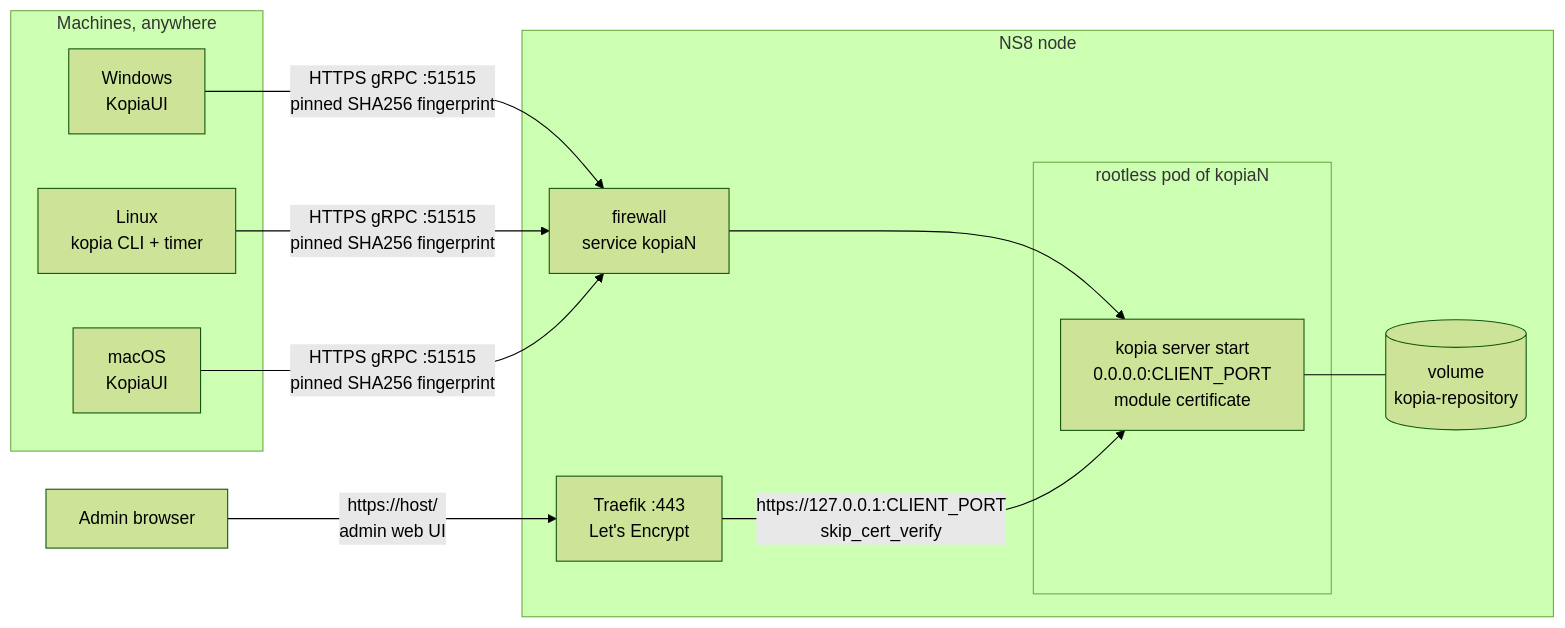
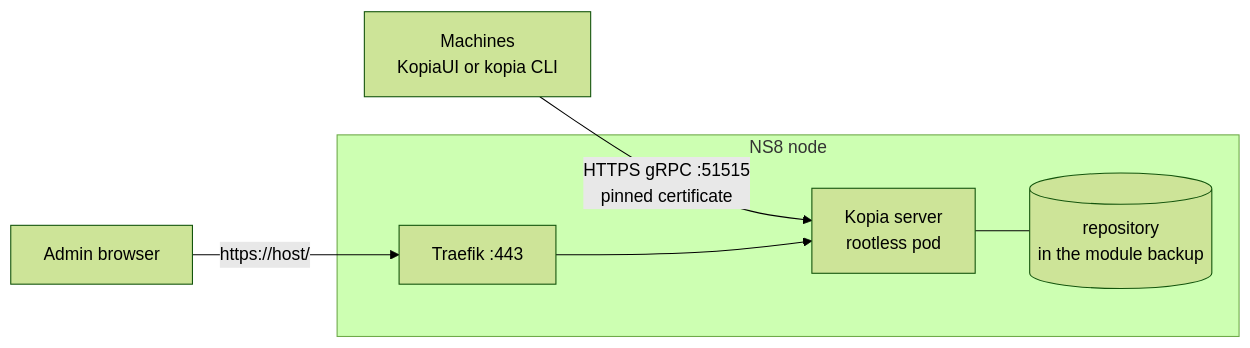
The diagram in README.md (stephdl/ns8-kopia), drawn with Mermaid (forest theme) before and after one commit. The commit also changed other lines of this file and 3 other files, not shown here.

First line of the commit message:
docs: split the README into admin, user and architecture guides (#15)

````diff
--- a/README.md
+++ b/README.md
@@ -16,20 +12,9 @@
 ```mermaid
 flowchart LR
-    subgraph Internet["Machines, anywhere"]
-        W[Windows<br/>KopiaUI]
-        L[Linux<br/>kopia CLI + timer]
-        M[macOS<br/>KopiaUI]
+    M["Machines<br/>KopiaUI or kopia CLI"] -- "HTTPS gRPC :51515<br/>pinned certificate" --> K
+    A[Admin browser] -- "https://host/" --> T["Traefik :443"] --> K
+    subgraph NS8["NS8 node"]
+        T
+        K["Kopia server<br/>rootless pod"] --- V[("repository<br/>in the module backup")]
     end
-    A[Admin browser]
-    subgraph NS8["NS8 node"]
-        T["Traefik :443<br/>Let's Encrypt"]
-        FW["firewall<br/>service kopiaN"]
-        subgraph Pod["rootless pod of kopiaN"]
-            K["kopia server start<br/>0.0.0.0:CLIENT_PORT<br/>module certificate"]
-        end
-        V[("volume<br/>kopia-repository")]
-    end
-    W & L & M -- "HTTPS gRPC :51515<br/>pinned SHA256 fingerprint" --> FW --> K
-    A -- "https://host/<br/>admin web UI" --> T -- "https://127.0.0.1:CLIENT_PORT<br/>skip_cert_verify" --> K
-    K --- V
 ```
````
